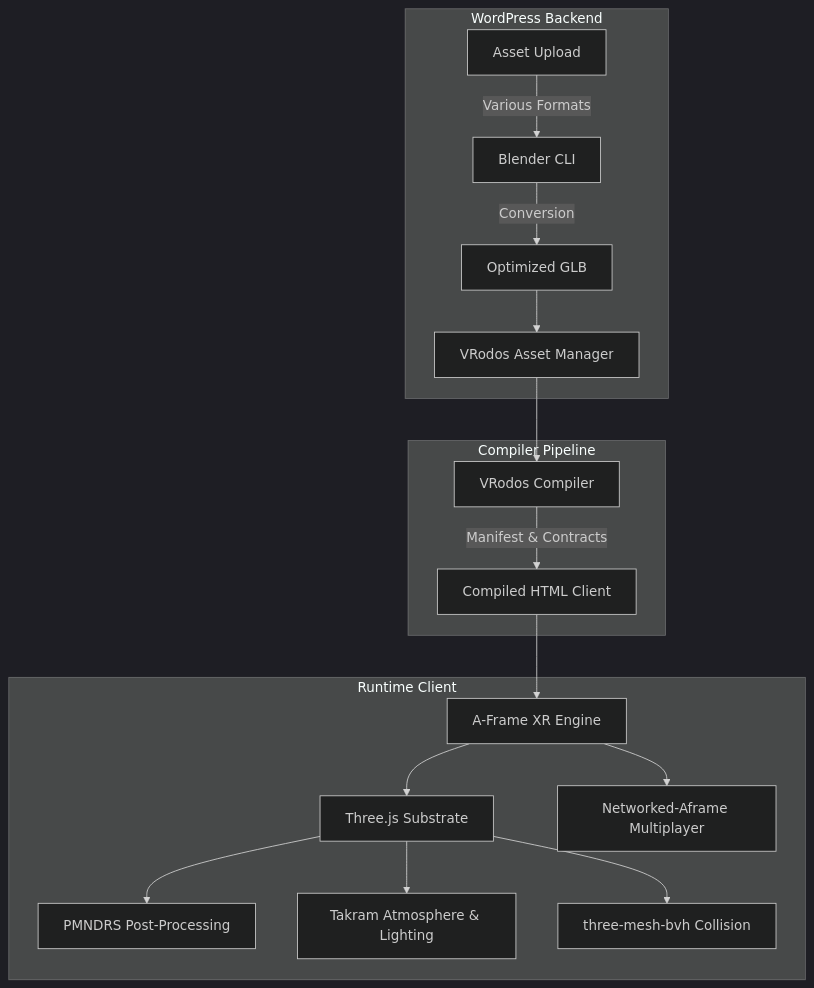
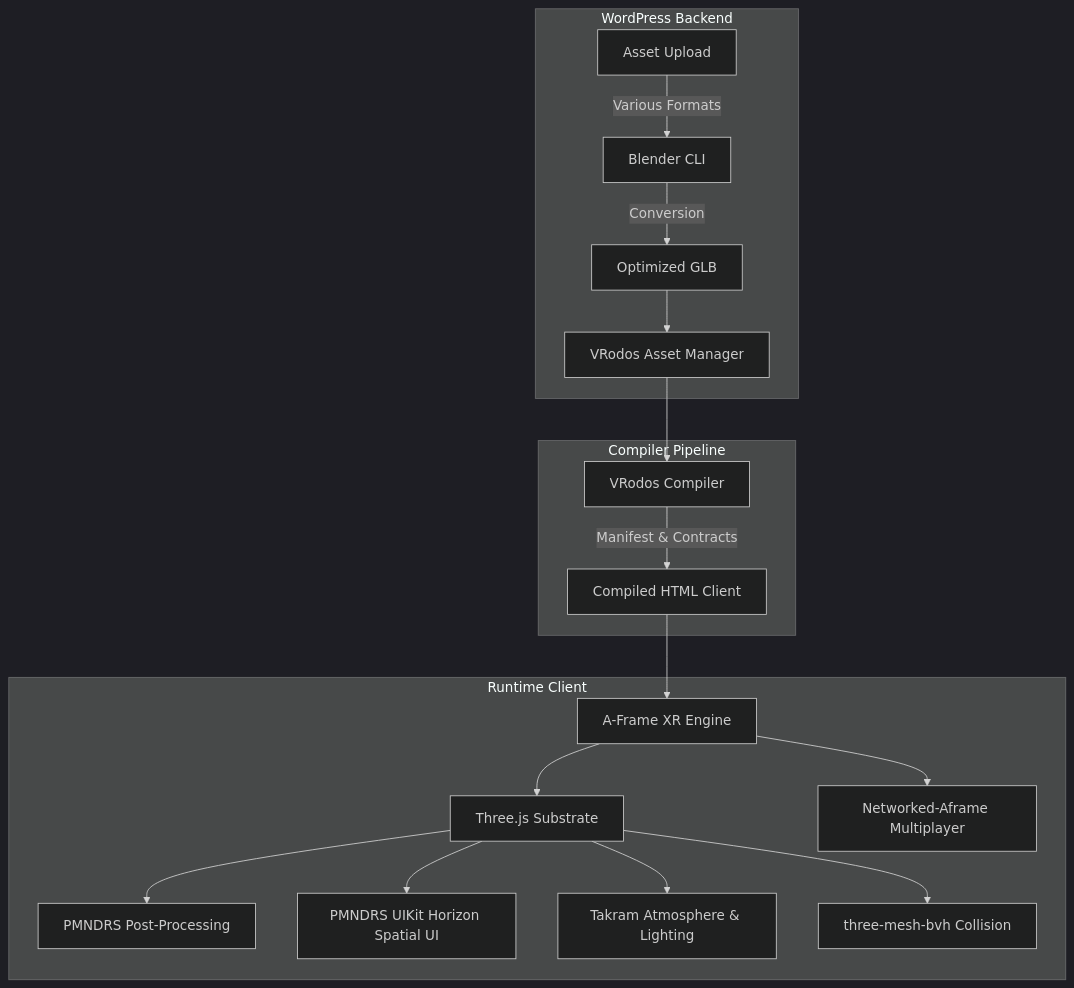
Before and after one commit to VRodos/VRodos: the diagram in documentation/vrodos-compiled-scene-framework-integration.md, drawn with Mermaid (dark theme). The commit also changed other lines of this file and 30 other files, not shown here.

````diff
--- a/documentation/vrodos-compiled-scene-framework-integration.md
+++ b/documentation/vrodos-compiled-scene-framework-integration.md
@@ -29,23 +30,24 @@
 ```mermaid
 graph TD
     subgraph WordPress Backend
         Upload[Asset Upload] -->|Various Formats| Blender[Blender CLI]
         Blender -->|Conversion| GLB[Optimized GLB]
         GLB --> AssetManager[VRodos Asset Manager]
     end
 
     subgraph Compiler Pipeline
         AssetManager --> Compiler[VRodos Compiler]
         Compiler -->|Manifest & Contracts| HTML[Compiled HTML Client]
     end
 
     subgraph Runtime Client
         HTML --> AFrame[A-Frame XR Engine]
         AFrame --> Three[Three.js Substrate]
 
         Three --> PMNDRS[PMNDRS Post-Processing]
+        Three --> SpatialUI[PMNDRS UIKit Horizon Spatial UI]
         Three --> Takram[Takram Atmosphere & Lighting]
         Three --> BVH[three-mesh-bvh Collision]
         AFrame --> NAF[Networked-Aframe Multiplayer]
     end
 ```
````
